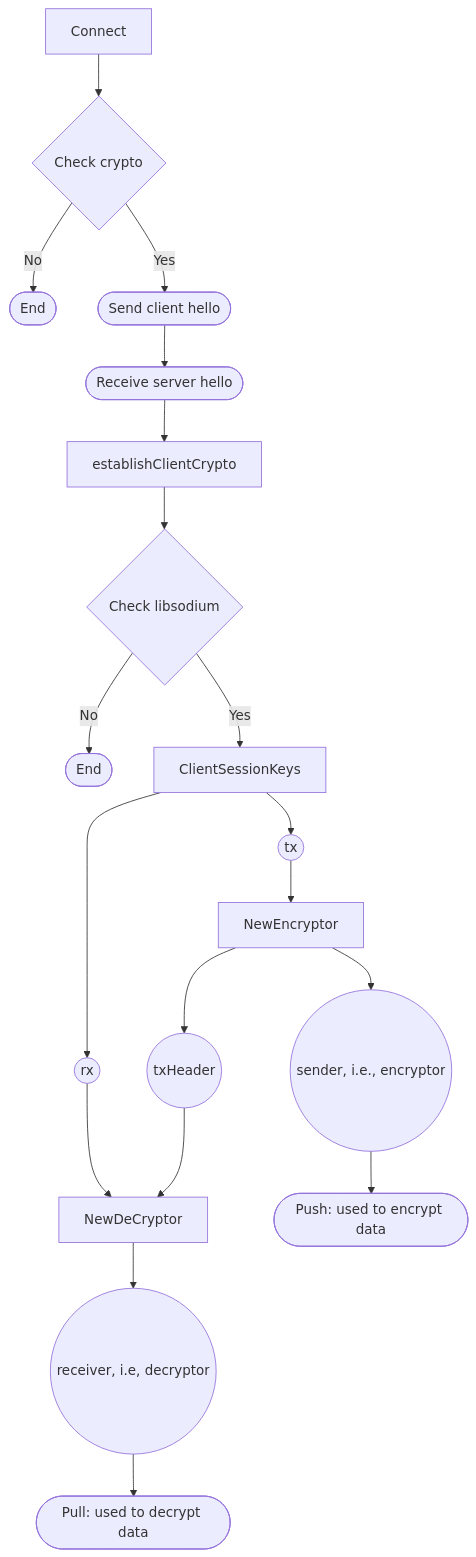
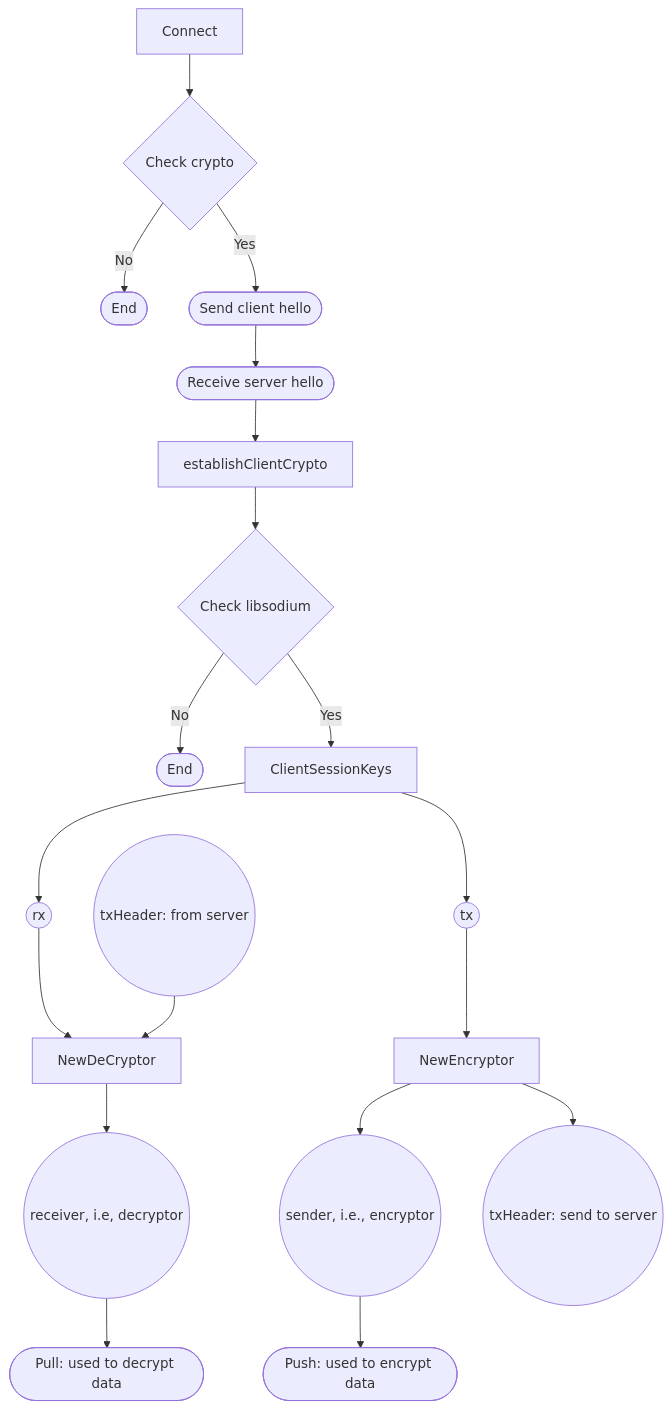
The diagram in ziti/README.md (Alonza0314/SSL-TLS-OpenZiti-Encryption-Study), drawn with Mermaid before and after one commit.

Commit message:
update via git

````diff
--- a/ziti/README.md
+++ b/ziti/README.md
@@ -9,40 +9,41 @@
 ```mermaid
     graph TD
         A[Connect]
         B{Check crypto}
         C([End])
         D([Send client hello])
         E([Receive server hello])
         F[establishClientCrypto]
         G{Check libsodium}
         H([End])
         I[ClientSessionKeys]
         J((rx))
         K((tx))
         L[NewDeCryptor]
         M[NewEncryptor]
-        N((txHeader))
+        N((txHeader: from server))
         O((sender, i.e., encryptor))
         P([Push: used to encrypt data])
         Q((receiver, i.e, decryptor))
         R([Pull: used to decrypt data])
+        S((txHeader: send to server))
 
         A --> B
         B -- No --> C
         B -- Yes --> D
         D --> E
         E --> F
         F --> G
         G -- No --> H
         G -- Yes --> I
         I --> J
         I --> K
         J --> L
-        M --> N
         K --> M
         N --> L
         M --> O
+        M --> S
         O --> P
         L --> Q
         Q --> R
 ```
````
